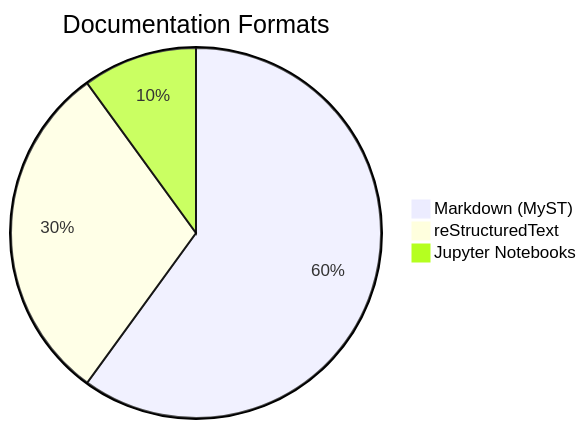
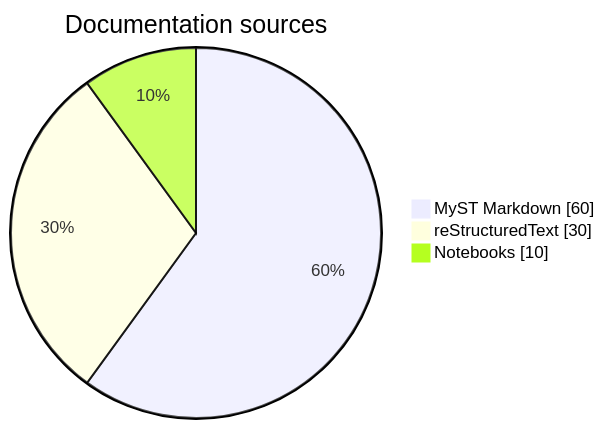
One commit to r4sky0/sphinx-lumina-theme changed diagram 11 of 12 in docs/reference/diagrams.md. Above: the diagram before and after it, drawn with Mermaid. The commit also changed other lines of this file and 9 other files, not shown here.

Commit message:
feat(mermaid): refine diagram design and natural sizing (#150)

````diff
--- a/docs/reference/diagrams.md
+++ b/docs/reference/diagrams.md
@@ -262,6 +278,11 @@
 ```{mermaid}
-pie title Documentation Formats
-    "Markdown (MyST)" : 60
+:config: {"themeVariables": {"pie1": "#6ee7b7", "pie2": "#93c5fd", "pie3": "#fcd34d"}}
+
+pie showData
+    accTitle: Example documentation sources
+    accDescr: An illustrative project uses 60 Markdown pages, 30 reStructuredText pages, and 10 notebooks.
+    title Documentation sources
+    "MyST Markdown" : 60
     "reStructuredText" : 30
-    "Jupyter Notebooks" : 10
+    "Notebooks" : 10
 ```
````
